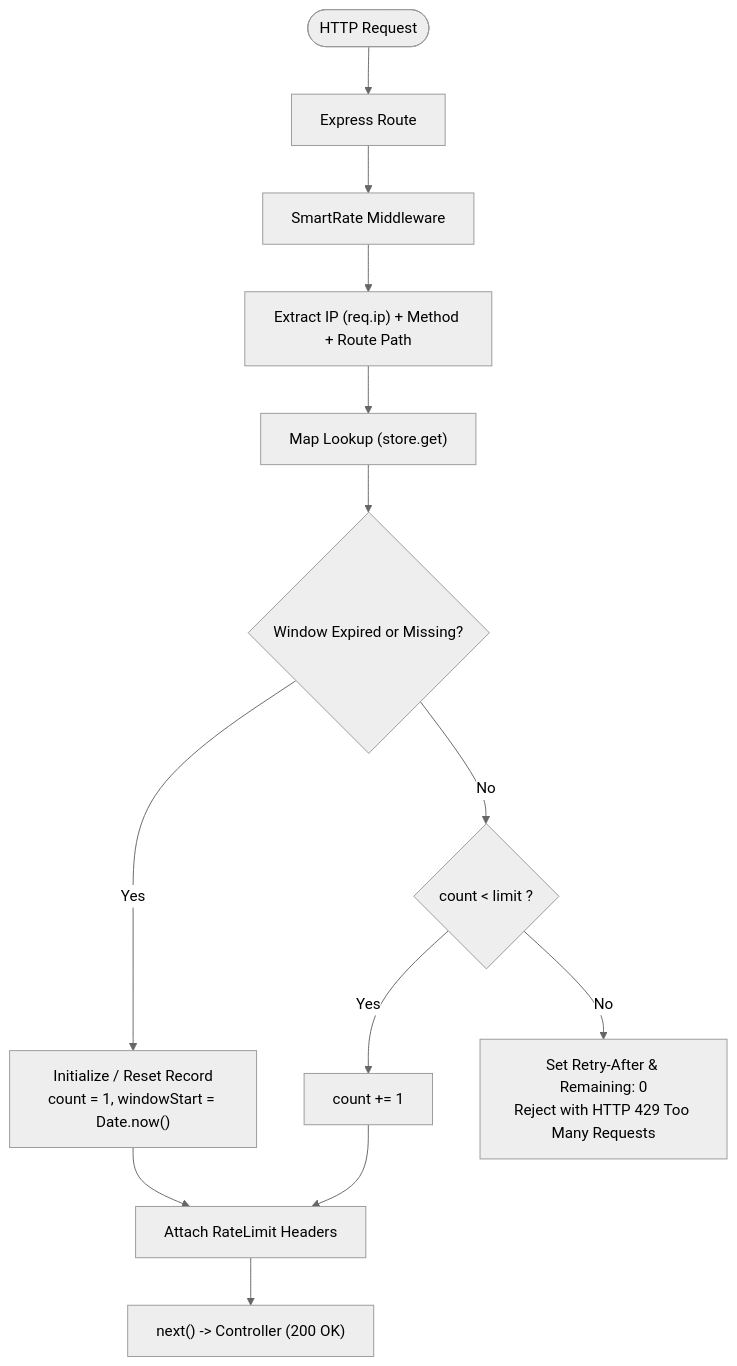
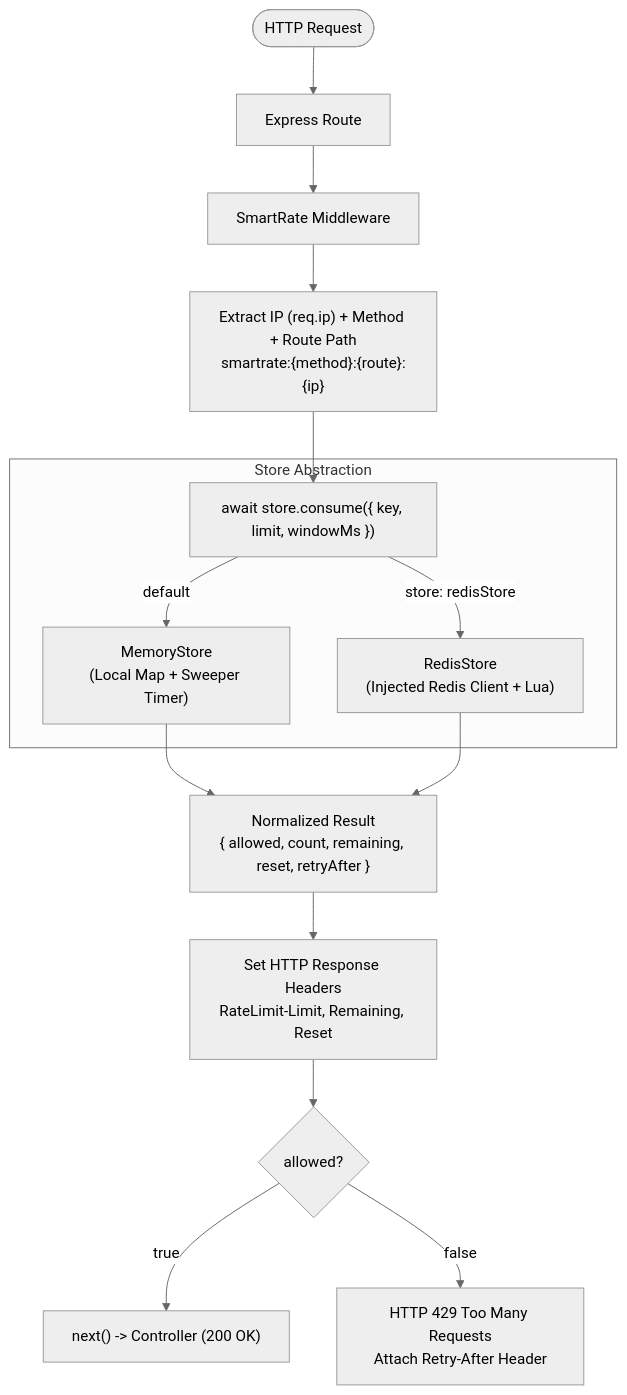
Before and after one commit to Anivesh91/LimitForge: the second of 2 diagrams in README.md, drawn with Mermaid (neutral theme). The commit also changed other lines of this file, not shown here.

Commit message:
document redis architecture and v2 usage

````diff
--- a/README.md
+++ b/README.md
@@ -66,18 +53,20 @@
 ```mermaid
 flowchart TD
-    Client([HTTP Request]) --> Router[Express Route]
+    Req([HTTP Request]) --> Router[Express Route]
     Router --> Middleware[SmartRate Middleware]
-    Middleware --> KeyGen["Extract IP (req.ip) + Method + Route Path"]
-    KeyGen --> StoreLookup["Map Lookup (store.get)"]
-    
-    StoreLookup --> CheckWindow{"Window Expired or Missing?"}
-    CheckWindow -- Yes --> ResetWindow["Initialize / Reset Record<br/>count = 1, windowStart = Date.now()"]
-    ResetWindow --> SetHeaders["Attach RateLimit Headers"]
-    SetHeaders --> Allow["next() -> Controller (200 OK)"]
-    
-    CheckWindow -- No --> CheckQuota{"count < limit ?"}
-    CheckQuota -- Yes --> Increment["count += 1"]
-    Increment --> SetHeaders
-    
-    CheckQuota -- No --> Block["Set Retry-After & Remaining: 0<br/>Reject with HTTP 429 Too Many Requests"]
+    Middleware --> KeyGen["Extract IP (req.ip) + Method + Route Path<br/>smartrate:{method}:{route}:{ip}"]
+    KeyGen --> StoreConsume["await store.consume({ key, limit, windowMs })"]
+
+    subgraph StoreLayer ["Store Abstraction"]
+        StoreConsume -->|"default"| MemoryStore["MemoryStore<br/>(Local Map + Sweeper Timer)"]
+        StoreConsume -->|"store: redisStore"| RedisStore["RedisStore<br/>(Injected Redis Client + Lua)"]
+    end
+
+    MemoryStore --> Result["Normalized Result<br/>{ allowed, count, remaining, reset, retryAfter }"]
+    RedisStore --> Result
+
+    Result --> SetHeaders["Set HTTP Response Headers<br/>RateLimit-Limit, Remaining, Reset"]
+    SetHeaders --> Decision{"allowed?"}
+    Decision -->|"true"| Next["next() -> Controller (200 OK)"]
+    Decision -->|"false"| Block["HTTP 429 Too Many Requests<br/>Attach Retry-After Header"]
 ```
````
